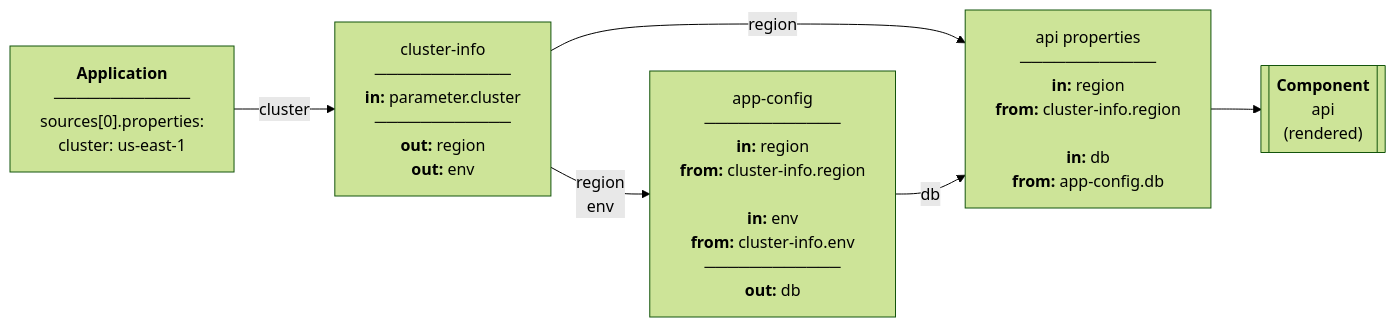
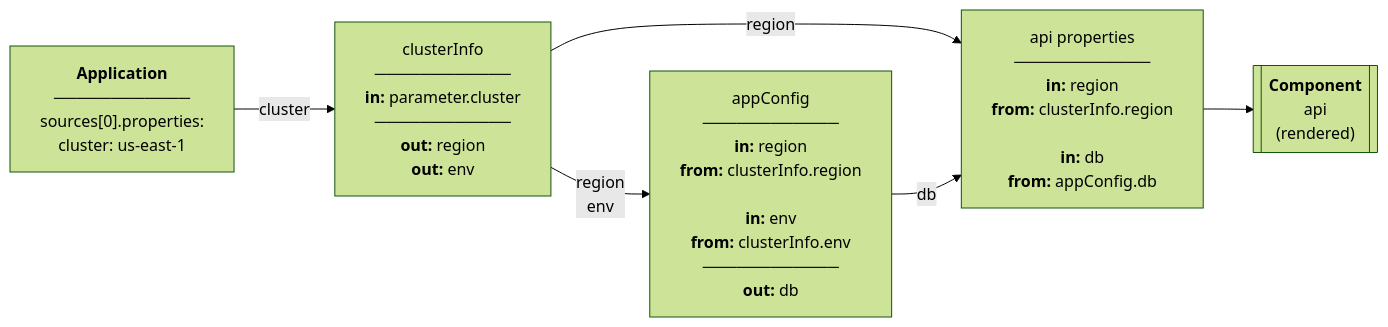
Before and after one commit to kubevela/kubevela: the third of 4 diagrams in design/vela-core/keps/2.16-source-definition/README.md, drawn with Mermaid (forest theme). The commit also changed other lines of this file and 272 other files, not shown here.

````diff
--- a/design/vela-core/keps/2.16-source-definition/README.md
+++ b/design/vela-core/keps/2.16-source-definition/README.md
@@ -252,14 +298,14 @@
 ```mermaid
 flowchart LR
     App["<b>Application</b><br/>────────────<br/>sources[0].properties:<br/>cluster: us-east-1"]
-    S1["cluster-info<br/>────────────<br/><b>in:</b> parameter.cluster<br/>────────────<br/><b>out:</b> region<br/><b>out:</b> env"]
-    S2["app-config<br/>────────────<br/><b>in:</b> region<br/><b>from:</b> cluster-info.region<br/><br/><b>in:</b> env<br/><b>from:</b> cluster-info.env<br/>────────────<br/><b>out:</b> db"]
-    Props["api properties<br/>────────────<br/><b>in:</b> region<br/><b>from:</b> cluster-info.region<br/><br/><b>in:</b> db<br/><b>from:</b> app-config.db"]
+    S1["clusterInfo<br/>────────────<br/><b>in:</b> parameter.cluster<br/>────────────<br/><b>out:</b> region<br/><b>out:</b> env"]
+    S2["appConfig<br/>────────────<br/><b>in:</b> region<br/><b>from:</b> clusterInfo.region<br/><br/><b>in:</b> env<br/><b>from:</b> clusterInfo.env<br/>────────────<br/><b>out:</b> db"]
+    Props["api properties<br/>────────────<br/><b>in:</b> region<br/><b>from:</b> clusterInfo.region<br/><br/><b>in:</b> db<br/><b>from:</b> appConfig.db"]
     C[["<b>Component</b><br/>api<br/>(rendered)"]]
 
     App -->|"cluster"| S1
     S1 -->|"region<br/>env"| S2
     S1 -->|"region"| Props
     S2 -->|"db"| Props
     Props --> C
 ```
````
